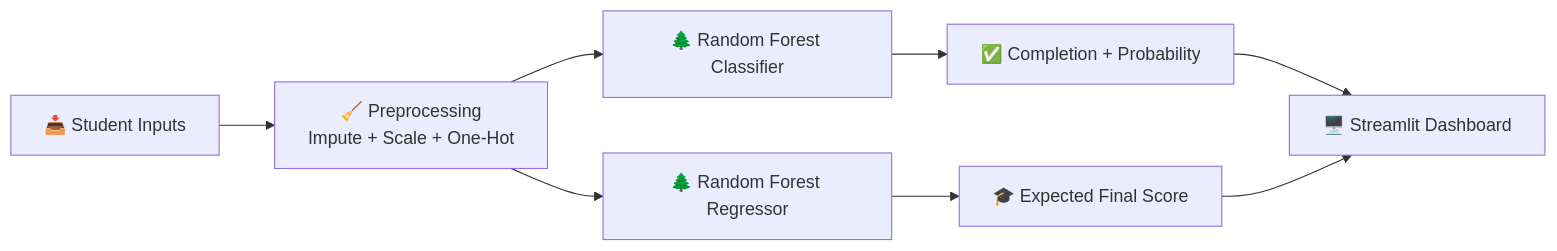
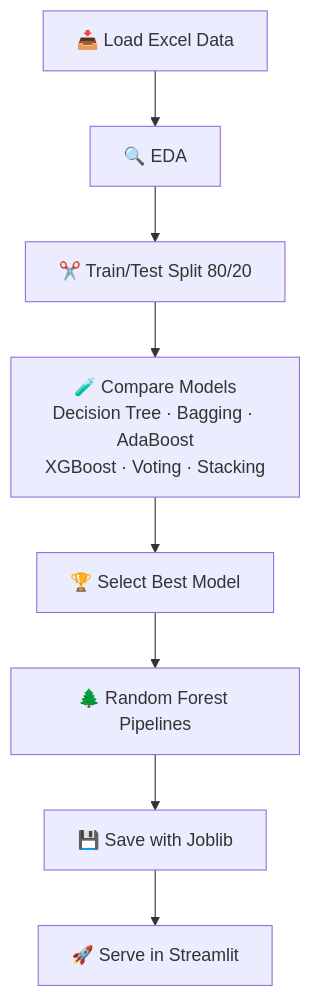
One commit to TrivediMan/Smart-Outcome-Predictor changed the fourth of 4 diagrams in README.md. Above: the diagram before and after it, drawn with Mermaid. The commit also changed other lines of this file, not shown here.

````diff
--- a/README.md
+++ b/README.md
@@ -52,10 +176,10 @@
 ```mermaid
-flowchart LR
-    A[📥 Student Inputs] --> B[🧹 Preprocessing<br/>Impute + Scale + One-Hot]
-    B --> C[🌲 Random Forest Classifier]
-    B --> D[🌲 Random Forest Regressor]
-    C --> E[✅ Completion + Probability]
-    D --> F[🎓 Expected Final Score]
-    E --> G[🖥️ Streamlit Dashboard]
-    F --> G
+flowchart TD
+    A[📥 Load Excel Data] --> B[🔍 EDA]
+    B --> C[✂️ Train/Test Split 80/20]
+    C --> D[🧪 Compare Models<br/>Decision Tree · Bagging · AdaBoost<br/>XGBoost · Voting · Stacking]
+    D --> E[🏆 Select Best Model]
+    E --> F[🌲 Random Forest Pipelines]
+    F --> G[💾 Save with Joblib]
+    G --> H[🚀 Serve in Streamlit]
 ```
````
